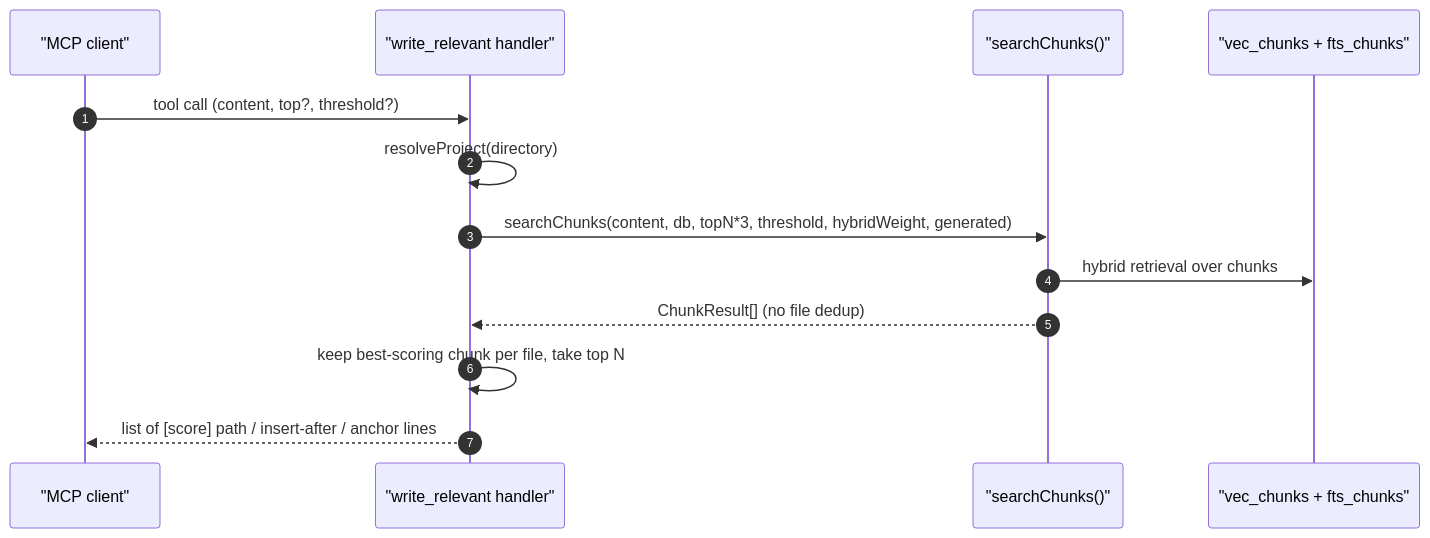
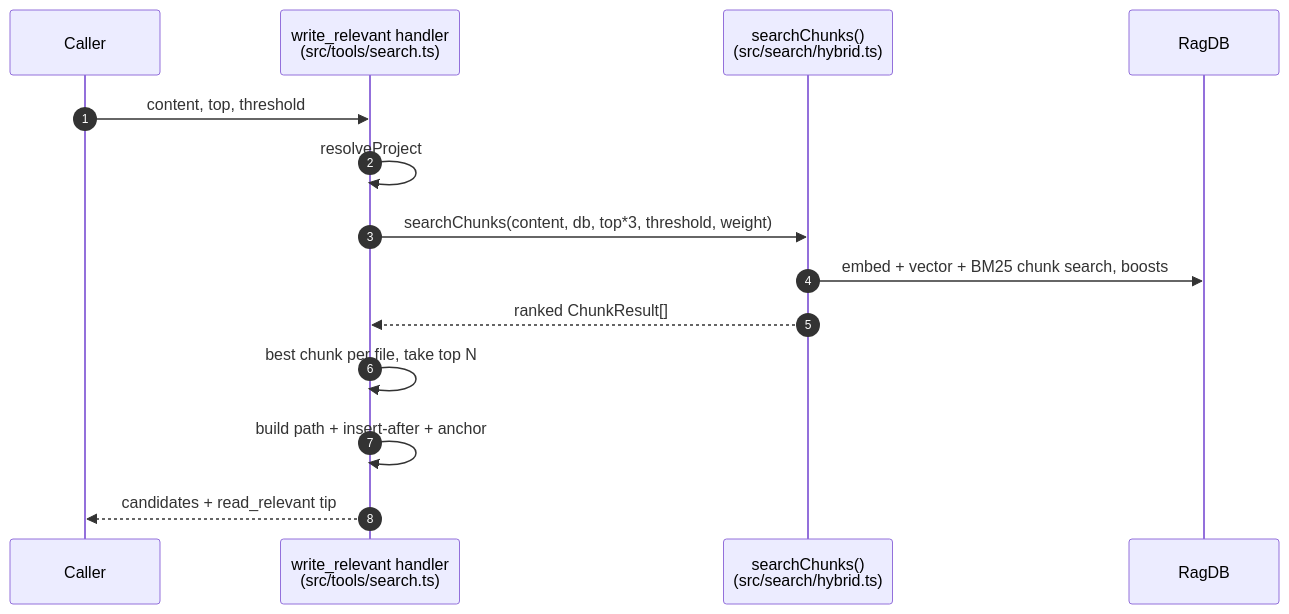
The diagram in wiki/tools/write-relevant.md (TheWinci/mimirs), drawn with Mermaid before and after one commit. The commit also changed other lines of this file and 52 other files, not shown here.

````diff
--- a/wiki/tools/write-relevant.md
+++ b/wiki/tools/write-relevant.md
@@ -15,16 +33,16 @@
 ```mermaid
 sequenceDiagram
-    autonumber
-    participant Client as "MCP client"
-    participant Handler as "write_relevant handler"
-    participant Chunks as "searchChunks()"
-    participant Vec as "vec_chunks + fts_chunks"
-
-    Client->>Handler: tool call (content, top?, threshold?)
-    Handler->>Handler: resolveProject(directory)
-    Handler->>Chunks: searchChunks(content, db, topN*3, threshold, hybridWeight, generated)
-    Chunks->>Vec: hybrid retrieval over chunks
-    Chunks-->>Handler: ChunkResult[] (no file dedup)
-    Handler->>Handler: keep best-scoring chunk per file, take top N
-    Handler-->>Client: list of [score] path / insert-after / anchor lines
+  autonumber
+  participant Caller
+  participant Handler as write_relevant handler<br>(src/tools/search.ts)
+  participant Svc as searchChunks()<br>(src/search/hybrid.ts)
+  participant DB as RagDB
+  Caller->>Handler: content, top, threshold
+  Handler->>Handler: resolveProject
+  Handler->>Svc: searchChunks(content, db, top*3, threshold, weight)
+  Svc->>DB: embed + vector + BM25 chunk search, boosts
+  Svc-->>Handler: ranked ChunkResult[]
+  Handler->>Handler: best chunk per file, take top N
+  Handler->>Handler: build path + insert-after + anchor
+  Handler-->>Caller: candidates + read_relevant tip
 ```
````
